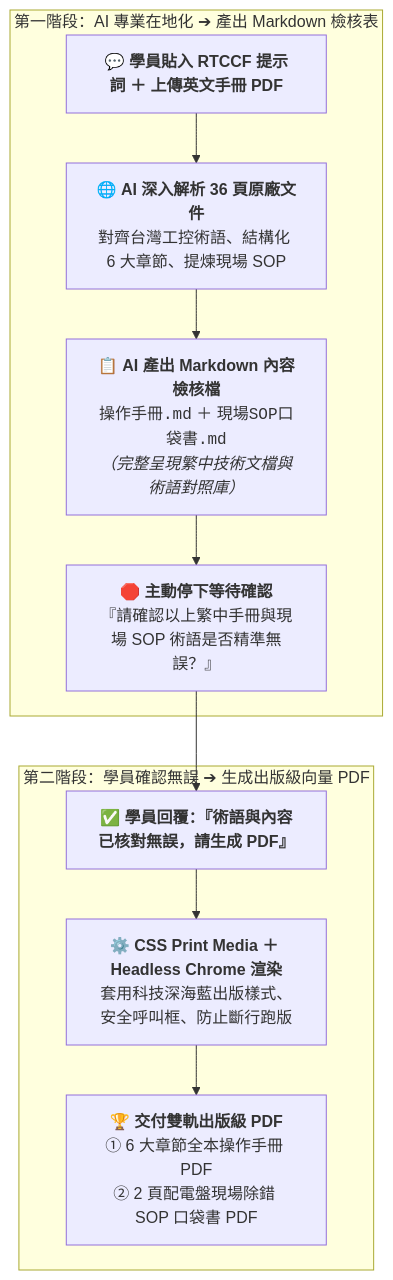
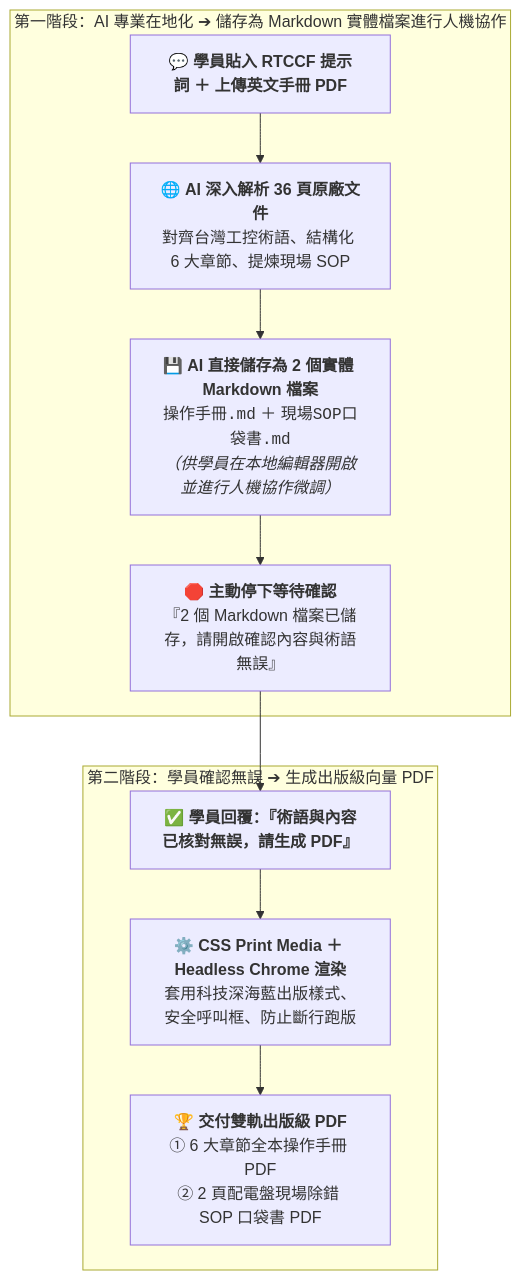
Before and after one commit to roberthsu2003/workflow-productivity: the diagram in 常見的AI應用/實戰範例/工控技術手冊跨國在地化與SOP出版級美化/10-2_AI產出之RTCCF手冊在地化與術語對齊提示詞.md, drawn with Mermaid. The commit also changed other lines of this file and 3 other files, not shown here.

````diff
--- a/常見的AI應用/實戰範例/工控技術手冊跨國在地化與SOP出版級美化/10-2_AI產出之RTCCF手冊在地化與術語對齊提示詞.md
+++ b/常見的AI應用/實戰範例/工控技術手冊跨國在地化與SOP出版級美化/10-2_AI產出之RTCCF手冊在地化與術語對齊提示詞.md
@@ -15,14 +15,14 @@
 ```mermaid
 flowchart TD
-    subgraph Phase1 ["第一階段：AI 專業在地化 ➔ 產出 Markdown 檢核表"]
+    subgraph Phase1 ["第一階段：AI 專業在地化 ➔ 儲存為 Markdown 實體檔案進行人機協作"]
         Feed["💬 <b>學員貼入 RTCCF 提示詞 ＋ 上傳英文手冊 PDF</b>"] --> RunParse["🌐 <b>AI 深入解析 36 頁原廠文件</b><br/>對齊台灣工控術語、結構化 6 大章節、提煉現場 SOP"]
-        RunParse --> MakeMD["📋 <b>AI 產出 Markdown 內容檢核檔</b><br/><code>操作手冊.md</code> ＋ <code>現場SOP口袋書.md</code><br/><i>（完整呈現繁中技術文檔與術語對照庫）</i>"]
-        MakeMD --> PauseWait["🛑 <b>主動停下等待確認</b><br/>『請確認以上繁中手冊與現場 SOP 術語是否精準無誤？』"]
+        RunParse --> MakeMD["💾 <b>AI 直接儲存為 2 個實體 Markdown 檔案</b><br/><code>操作手冊.md</code> ＋ <code>現場SOP口袋書.md</code><br/><i>（供學員在本地編輯器開啟並進行人機協作微調）</i>"]
+        MakeMD --> PauseWait["🛑 <b>主動停下等待確認</b><br/>『2 個 Markdown 檔案已儲存，請開啟確認內容與術語無誤』"]
     end
 
     subgraph Phase2 ["第二階段：學員確認無誤 ➔ 生成出版級向量 PDF"]
         PauseWait --> UserSayOK["✅ <b>學員回覆：『術語與內容已核對無誤，請生成 PDF』</b>"]
         UserSayOK --> RunPython["⚙️ <b>CSS Print Media ＋ Headless Chrome 渲染</b><br/>套用科技深海藍出版樣式、安全呼叫框、防止斷行跑版"]
         RunPython --> OutPDF["🏆 <b>交付雙軌出版級 PDF</b><br/>① 6 大章節全本操作手冊 PDF<br/>② 2 頁配電盤現場除錯 SOP 口袋書 PDF"]
     end
 ```
````
